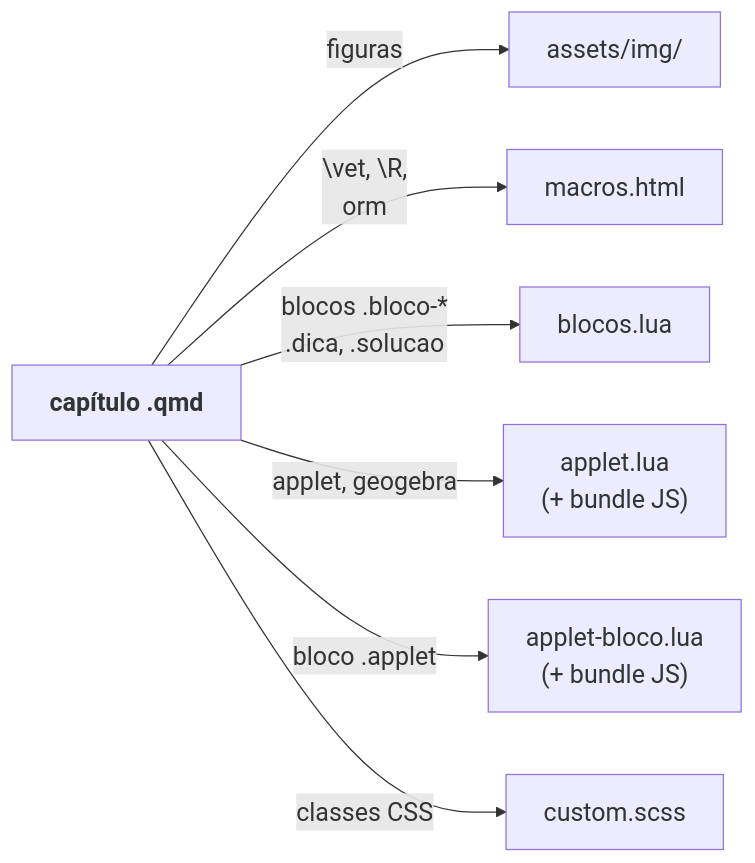
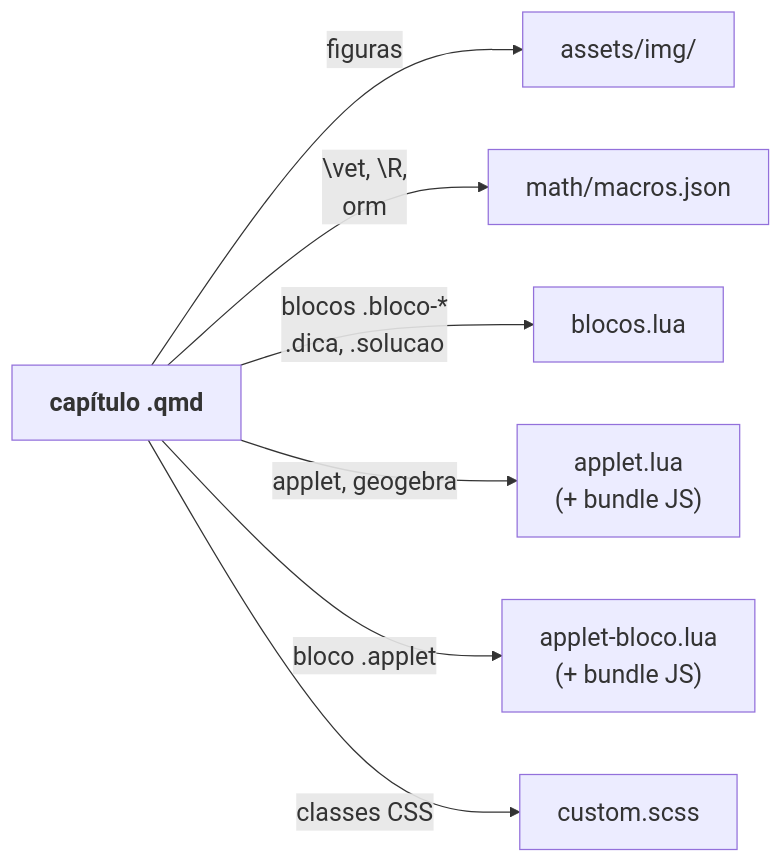
One commit to lcmerlo/livro-online-fcg changed the third of 9 diagrams in _interno/diretrizes/arquitetura.md. Above: the diagram before and after it, drawn with Mermaid. The commit also changed other lines of this file and 7 other files, not shown here.

````diff
--- a/_interno/diretrizes/arquitetura.md
+++ b/_interno/diretrizes/arquitetura.md
@@ -274,11 +280,11 @@
 ```mermaid
 %%{init: {"themeVariables": {"fontSize": "20px"}, "flowchart": {"wrappingWidth": 420}}}%%
 flowchart LR
     cap["<b>capítulo .qmd</b>"]
     cap -->|"figuras"| img["assets/img/"]
-    cap -->|"\vet, \R, \norm"| macros["macros.html"]
+    cap -->|"\vet, \R, \norm"| macros["math/macros.json"]
     cap -->|"blocos .bloco-*<br/>.dica, .solucao"| blocos["blocos.lua"]
     cap -->|"applet, geogebra"| appletlua["applet.lua<br/>(+ bundle JS)"]
     cap -->|"bloco .applet"| appletbloco["applet-bloco.lua<br/>(+ bundle JS)"]
     cap -->|"classes CSS"| scss["custom.scss"]
 ```
````
